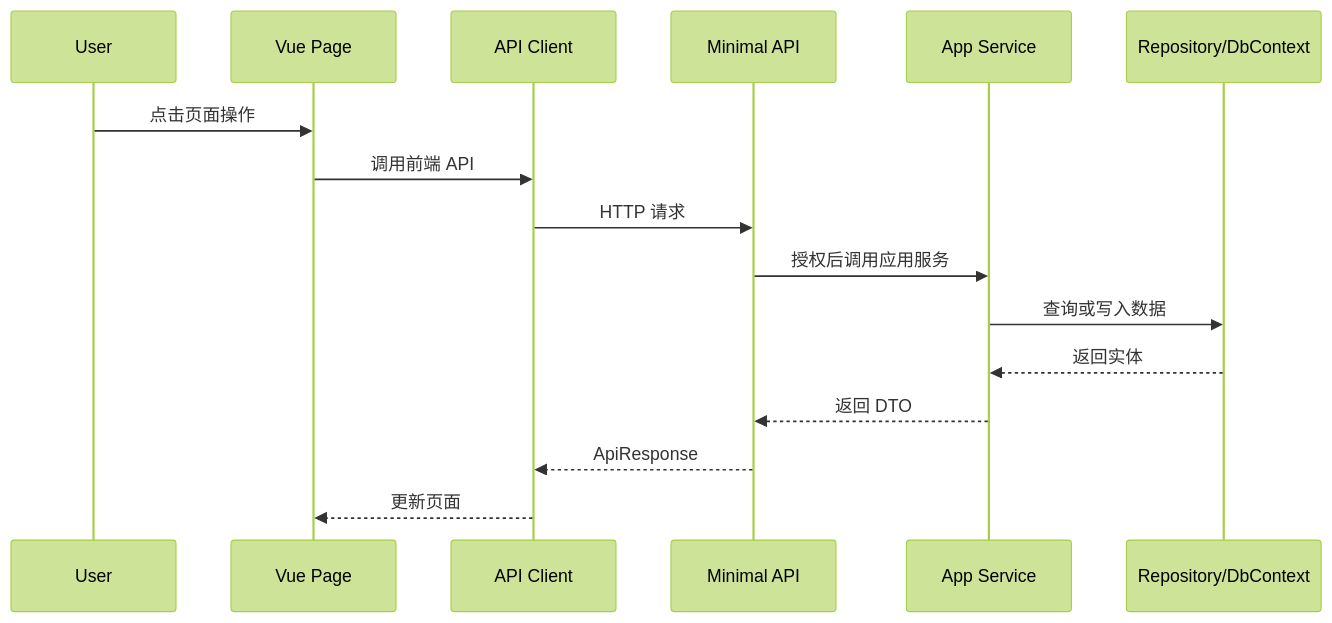
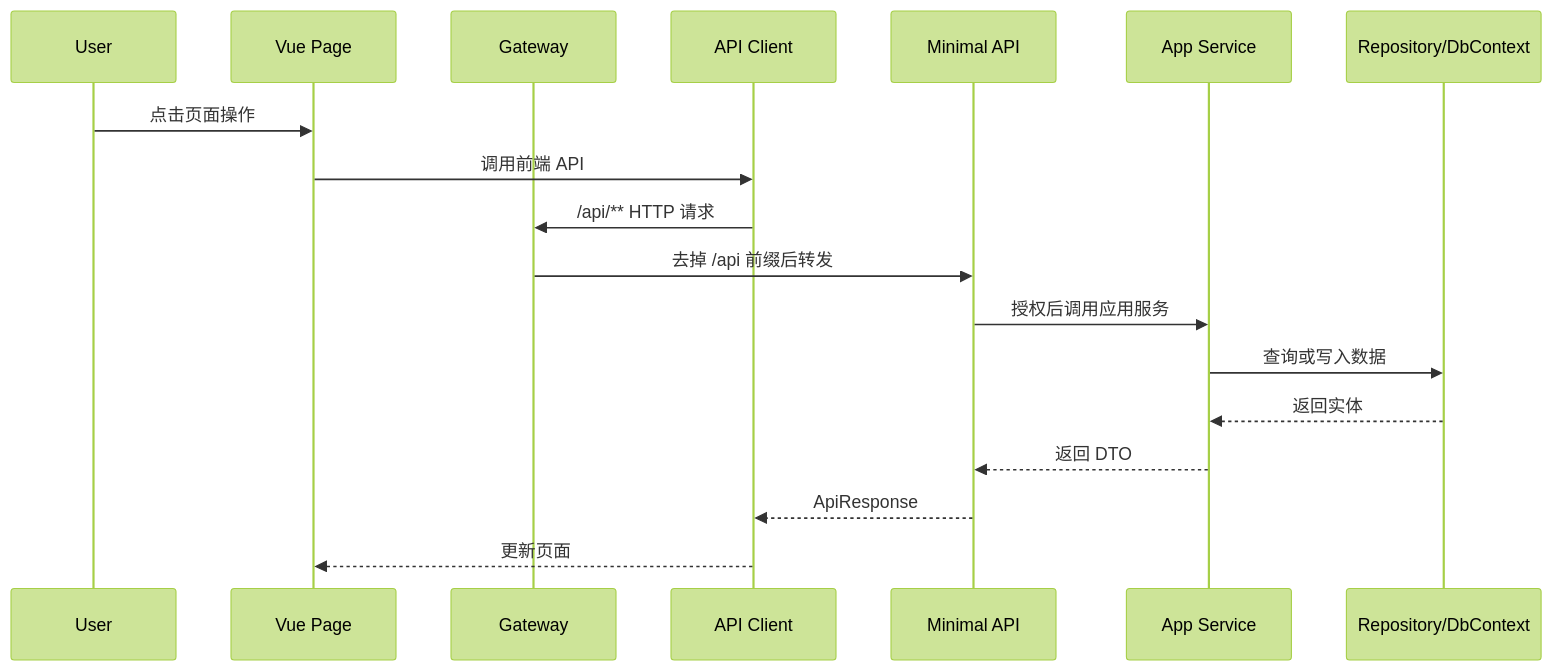
The second of 2 diagrams in docs-site/developer/architecture.md (tellmevx-cell/mini-admin), drawn with Mermaid (forest theme) before and after one commit. The commit also changed other lines of this file and 19 other files, not shown here.

````diff
--- a/docs-site/developer/architecture.md
+++ b/docs-site/developer/architecture.md
@@ -49,19 +51,21 @@
 ```mermaid
 sequenceDiagram
     participant U as User
     participant V as Vue Page
+    participant G as Gateway
     participant A as API Client
     participant M as Minimal API
     participant S as App Service
     participant R as Repository/DbContext
 
     U->>V: 点击页面操作
     V->>A: 调用前端 API
-    A->>M: HTTP 请求
+    A->>G: /api/** HTTP 请求
+    G->>M: 去掉 /api 前缀后转发
     M->>S: 授权后调用应用服务
     S->>R: 查询或写入数据
     R-->>S: 返回实体
     S-->>M: 返回 DTO
     M-->>A: ApiResponse
     A-->>V: 更新页面
 ```
````
